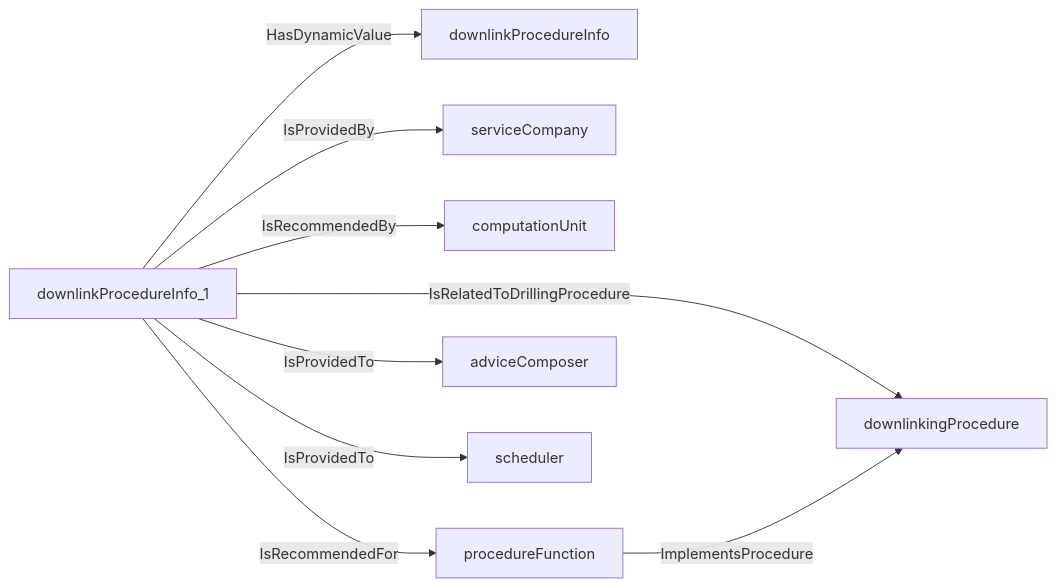
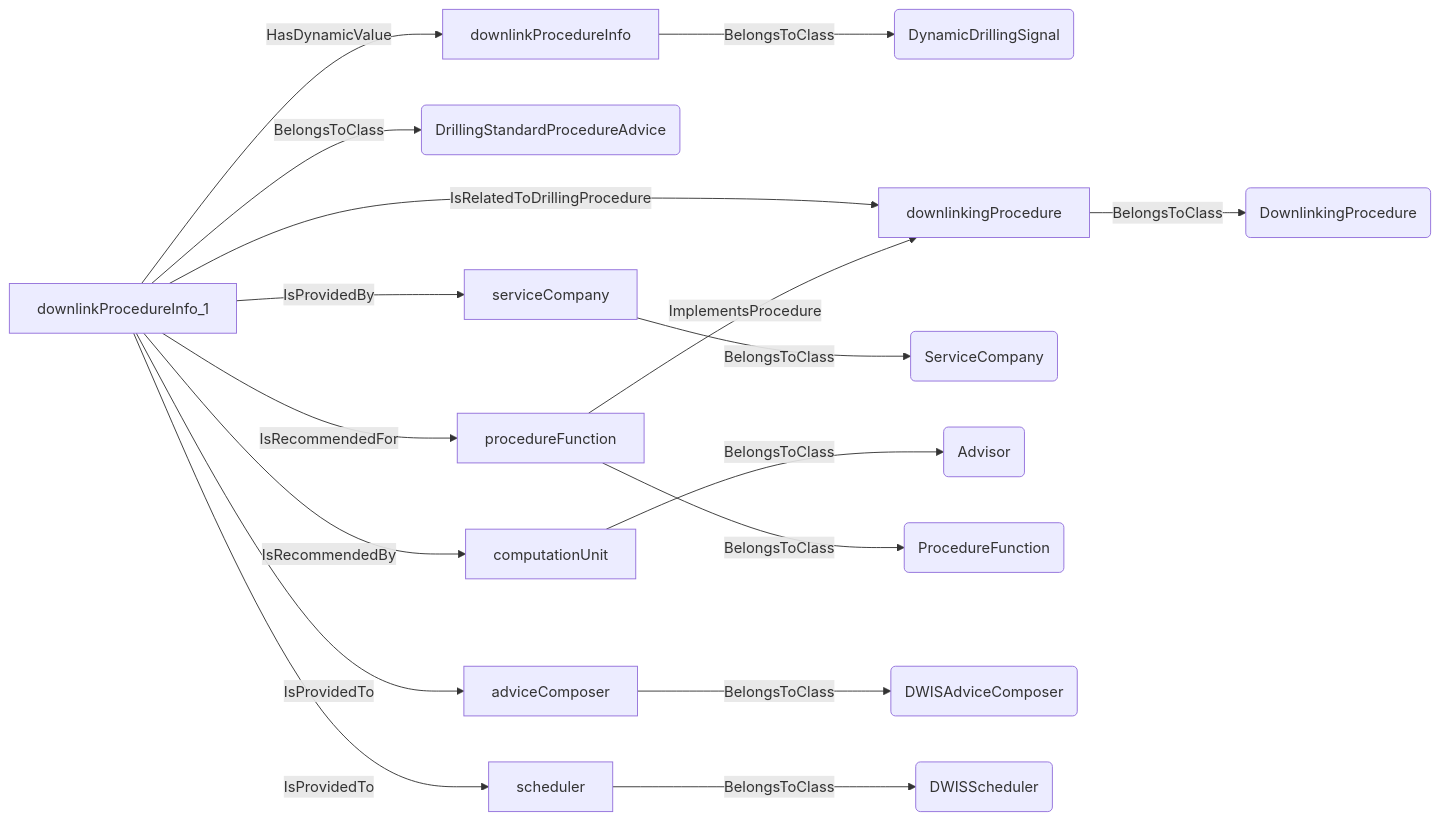
Diagram 14 of 19 in docs/vocabulary_development/auto-generated/md/definition-files/DrillingProcedure.md (D-WIS/DDHub-Semantic-Interoperability), drawn with Mermaid before and after one commit. The commit also changed other lines of this file and 14 other files, not shown here.

````diff
--- a/docs/vocabulary_development/auto-generated/md/definition-files/DrillingProcedure.md
+++ b/docs/vocabulary_development/auto-generated/md/definition-files/DrillingProcedure.md
@@ -718,11 +910,19 @@
 ```mermaid
 graph LR
-	N0000[downlinkProcedureInfo_1] -->|HasDynamicValue| N0001[downlinkProcedureInfo] 
-	N0000[downlinkProcedureInfo_1] -->|IsRelatedToDrillingProcedure| N0002[downlinkingProcedure] 
-	N0000[downlinkProcedureInfo_1] -->|IsProvidedBy| N0003[serviceCompany] 
-	N0000[downlinkProcedureInfo_1] -->|IsRecommendedBy| N0004[computationUnit] 
-	N0005[procedureFunction] -->|ImplementsProcedure| N0002[downlinkingProcedure] 
-	N0000[downlinkProcedureInfo_1] -->|IsRecommendedFor| N0005[procedureFunction] 
-	N0000[downlinkProcedureInfo_1] -->|IsProvidedTo| N0006[adviceComposer] 
-	N0000[downlinkProcedureInfo_1] -->|IsProvidedTo| N0007[scheduler] 
+	N0000[downlinkProcedureInfo] -->|BelongsToClass| N0001(DynamicDrillingSignal) 
+	N0002[downlinkProcedureInfo_1] -->|BelongsToClass| N0003(DrillingStandardProcedureAdvice) 
+	N0002[downlinkProcedureInfo_1] -->|HasDynamicValue| N0000[downlinkProcedureInfo] 
+	N0004[downlinkingProcedure] -->|BelongsToClass| N0005(DownlinkingProcedure) 
+	N0002[downlinkProcedureInfo_1] -->|IsRelatedToDrillingProcedure| N0004[downlinkingProcedure] 
+	N0006[serviceCompany] -->|BelongsToClass| N0007(ServiceCompany) 
+	N0002[downlinkProcedureInfo_1] -->|IsProvidedBy| N0006[serviceCompany] 
+	N0008[computationUnit] -->|BelongsToClass| N0009(Advisor) 
+	N0002[downlinkProcedureInfo_1] -->|IsRecommendedBy| N0008[computationUnit] 
+	N0010[procedureFunction] -->|BelongsToClass| N0011(ProcedureFunction) 
+	N0010[procedureFunction] -->|ImplementsProcedure| N0004[downlinkingProcedure] 
+	N0002[downlinkProcedureInfo_1] -->|IsRecommendedFor| N0010[procedureFunction] 
+	N0012[adviceComposer] -->|BelongsToClass| N0013(DWISAdviceComposer) 
+	N0002[downlinkProcedureInfo_1] -->|IsProvidedTo| N0012[adviceComposer] 
+	N0014[scheduler] -->|BelongsToClass| N0015(DWISScheduler) 
+	N0002[downlinkProcedureInfo_1] -->|IsProvidedTo| N0014[scheduler] 
 ```
````
